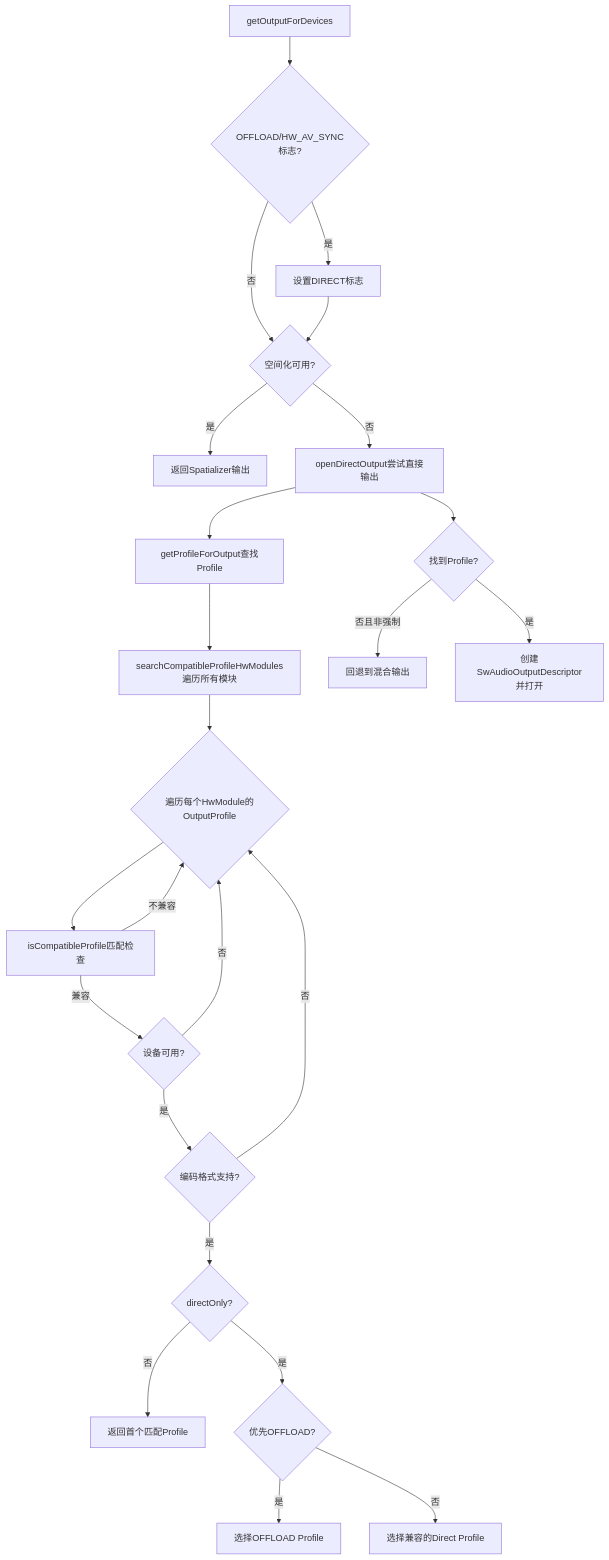
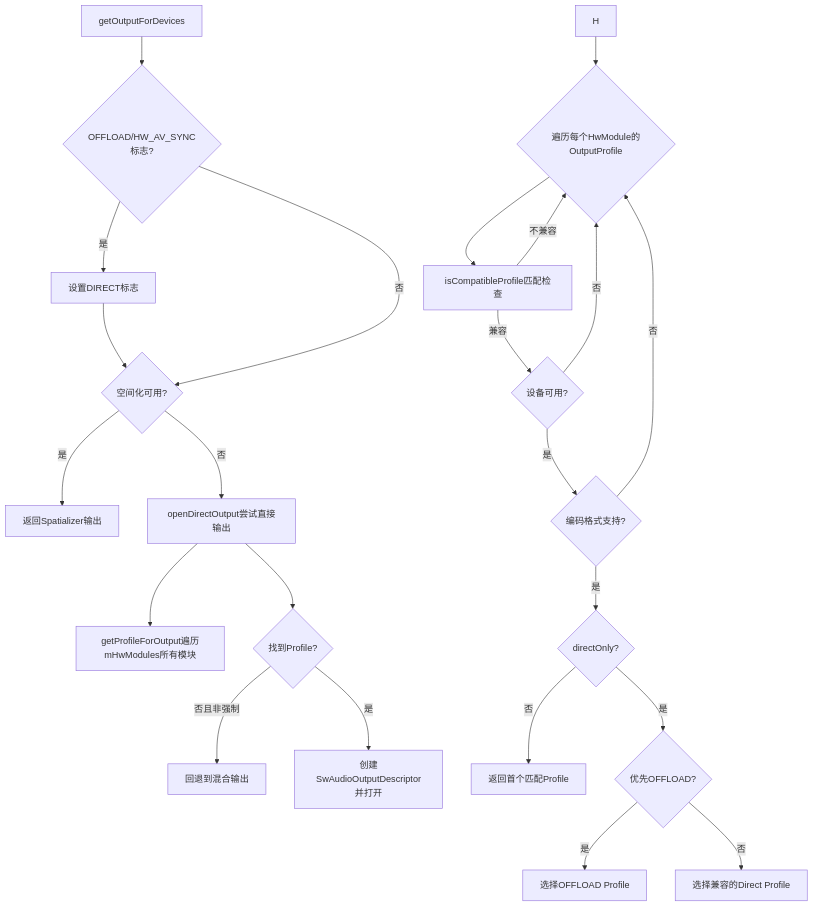
One commit to yanglinzhen1022/SA8295_AAOS_QNX_Audio_KnowledgeBase changed the fifth of 8 diagrams in 06_Audio_Policy_Engine/06_6.6_IOProfile与HwModule-HAL能力描述.md. Above: the diagram before and after it, drawn with Mermaid. The commit also changed other lines of this file and 11 other files, not shown here.

````diff
--- a/06_Audio_Policy_Engine/06_6.6_IOProfile与HwModule-HAL能力描述.md
+++ b/06_Audio_Policy_Engine/06_6.6_IOProfile与HwModule-HAL能力描述.md
@@ -444,26 +430,25 @@
 ```mermaid
 flowchart TD
     A[getOutputForDevices] --> B{OFFLOAD/HW_AV_SYNC标志?}
     B -->|是| C[设置DIRECT标志]
     B -->|否| D{空间化可用?}
     C --> D
     D -->|是| E[返回Spatializer输出]
     D -->|否| F[openDirectOutput尝试直接输出]
-    F --> G[getProfileForOutput查找Profile]
-    G --> H[searchCompatibleProfileHwModules遍历所有模块]
+    F --> G[getProfileForOutput遍历mHwModules所有模块]
     H --> I{遍历每个HwModule的OutputProfile}
     I --> J[isCompatibleProfile匹配检查]
     J -->|不兼容| I
     J -->|兼容| K{设备可用?}
     K -->|否| I
     K -->|是| L{编码格式支持?}
     L -->|否| I
     L -->|是| M{directOnly?}
     M -->|否| N[返回首个匹配Profile]
     M -->|是| O{优先OFFLOAD?}
     O -->|是| P[选择OFFLOAD Profile]
     O -->|否| Q[选择兼容的Direct Profile]
     F --> R{找到Profile?}
     R -->|否且非强制| S[回退到混合输出]
     R -->|是| T[创建SwAudioOutputDescriptor并打开]
 ```
````
